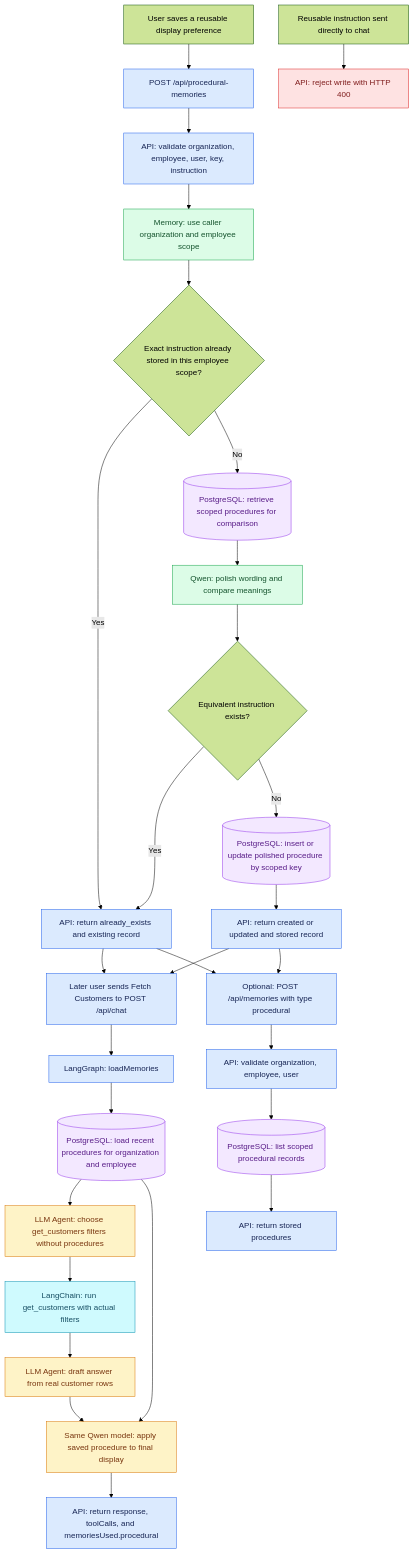
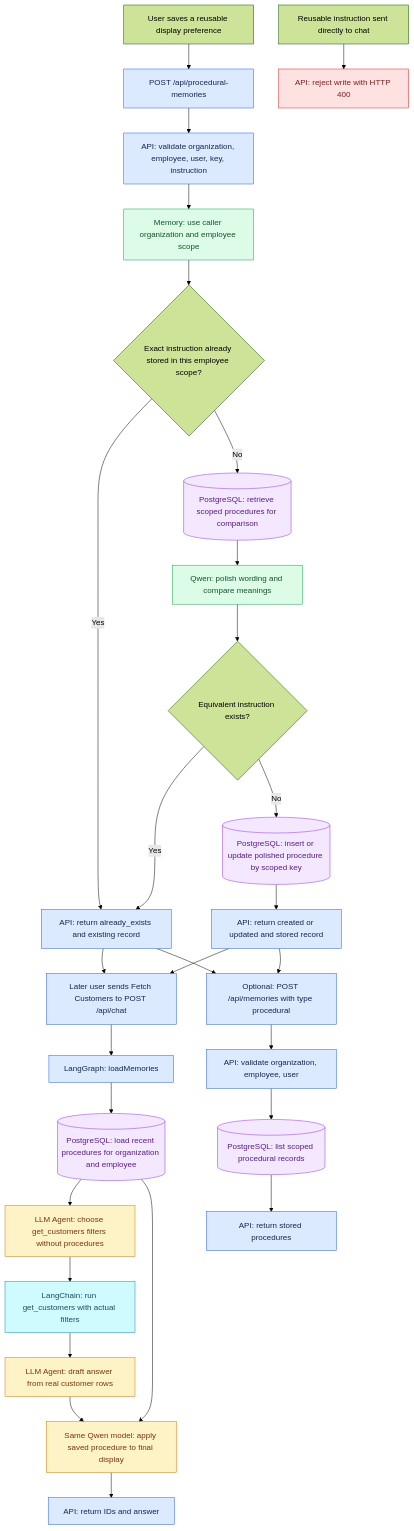
Before and after one commit to kamran186/langchain: the third of 3 diagrams in docs/memory-search-flowcharts.md, drawn with Mermaid (forest theme). The commit also changed other lines of this file and 6 other files, not shown here.

Commit message:
refactor: return only chat identifiers and answer

````diff
--- a/docs/memory-search-flowcharts.md
+++ b/docs/memory-search-flowcharts.md
@@ -84,44 +84,44 @@
 ```mermaid
 flowchart TD
     userPrompt["User saves a reusable display preference"] --> writeApi["POST /api/procedural-memories"]
     writeApi --> writeValidate["API: validate organization, employee, user, key, instruction"]
     writeValidate --> writeScope["Memory: use caller organization and employee scope"]
     writeScope --> exact{"Exact instruction already stored in this employee scope?"}
     exact -- Yes --> writeResponse
     exact -- No --> candidates[("PostgreSQL: retrieve scoped procedures for comparison")]
     candidates --> refine["Qwen: polish wording and compare meanings"]
     refine --> duplicate{"Equivalent instruction exists?"}
     duplicate -- Yes --> writeResponse["API: return already_exists and existing record"]
     duplicate -- No --> writeDb[("PostgreSQL: insert or update polished procedure by scoped key")]
     writeDb --> saveResponse["API: return created or updated and stored record"]
     saveResponse --> nextPrompt["Later user sends Fetch Customers to POST /api/chat"]
     writeResponse --> nextPrompt["Later user sends Fetch Customers to POST /api/chat"]
     nextPrompt --> loadNode["LangGraph: loadMemories"]
     loadNode --> readDb[("PostgreSQL: load recent procedures for organization and employee")]
     readDb --> toolDecision["LLM Agent: choose get_customers filters without procedures"]
     toolDecision --> customerTool["LangChain: run get_customers with actual filters"]
     customerTool --> draft["LLM Agent: draft answer from real customer rows"]
     draft --> presentation["Same Qwen model: apply saved procedure to final display"]
     readDb --> presentation
-    presentation --> chatResponse["API: return response, toolCalls, and memoriesUsed.procedural"]
+    presentation --> chatResponse["API: return IDs and answer"]
     writeResponse --> readApi["Optional: POST /api/memories with type procedural"]
     saveResponse --> readApi
     readApi --> readValidate["API: validate organization, employee, user"]
     readValidate --> inspectDb[("PostgreSQL: list scoped procedural records")]
     inspectDb --> readResponse["API: return stored procedures"]
     badWrite["Reusable instruction sent directly to chat"] --> chatReject["API: reject write with HTTP 400"]
     classDef apiNode fill:#dbeafe,stroke:#2563eb,color:#172554
     classDef graphNode fill:#dbeafe,stroke:#2563eb,color:#172554
     classDef memoryNode fill:#dcfce7,stroke:#16a34a,color:#14532d
     classDef dataNode fill:#f3e8ff,stroke:#9333ea,color:#581c87
     classDef agentNode fill:#fef3c7,stroke:#d97706,color:#78350f
     classDef chainNode fill:#cffafe,stroke:#0891b2,color:#164e63
     classDef rejectNode fill:#fee2e2,stroke:#dc2626,color:#7f1d1d
     class writeApi,writeValidate,writeResponse,saveResponse,nextPrompt,chatResponse,readApi,readValidate,readResponse apiNode
     class writeScope,refine memoryNode
     class loadNode graphNode
     class candidates,writeDb,readDb,inspectDb dataNode
     class toolDecision,draft,presentation agentNode
     class customerTool chainNode
     class chatReject rejectNode
 ```
````
